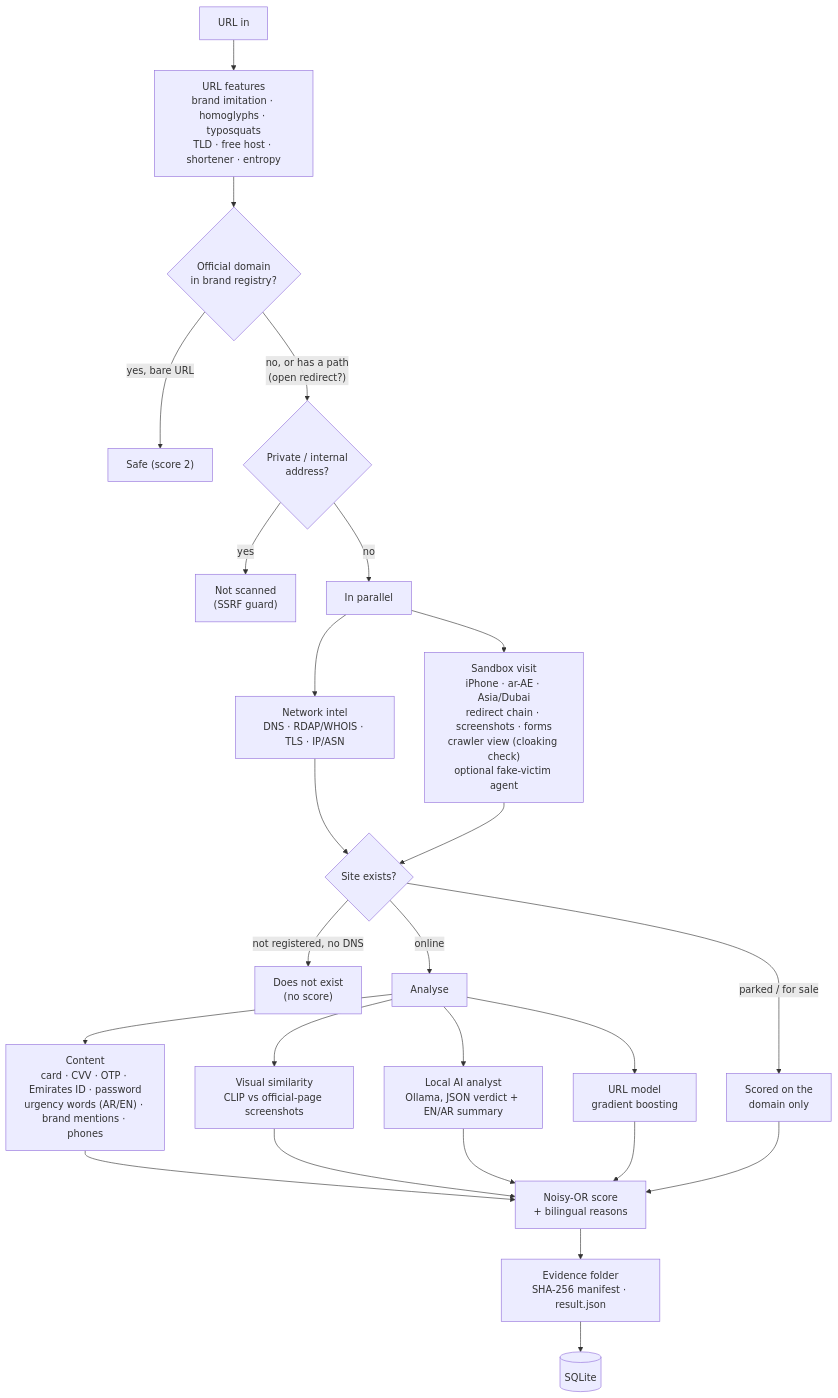
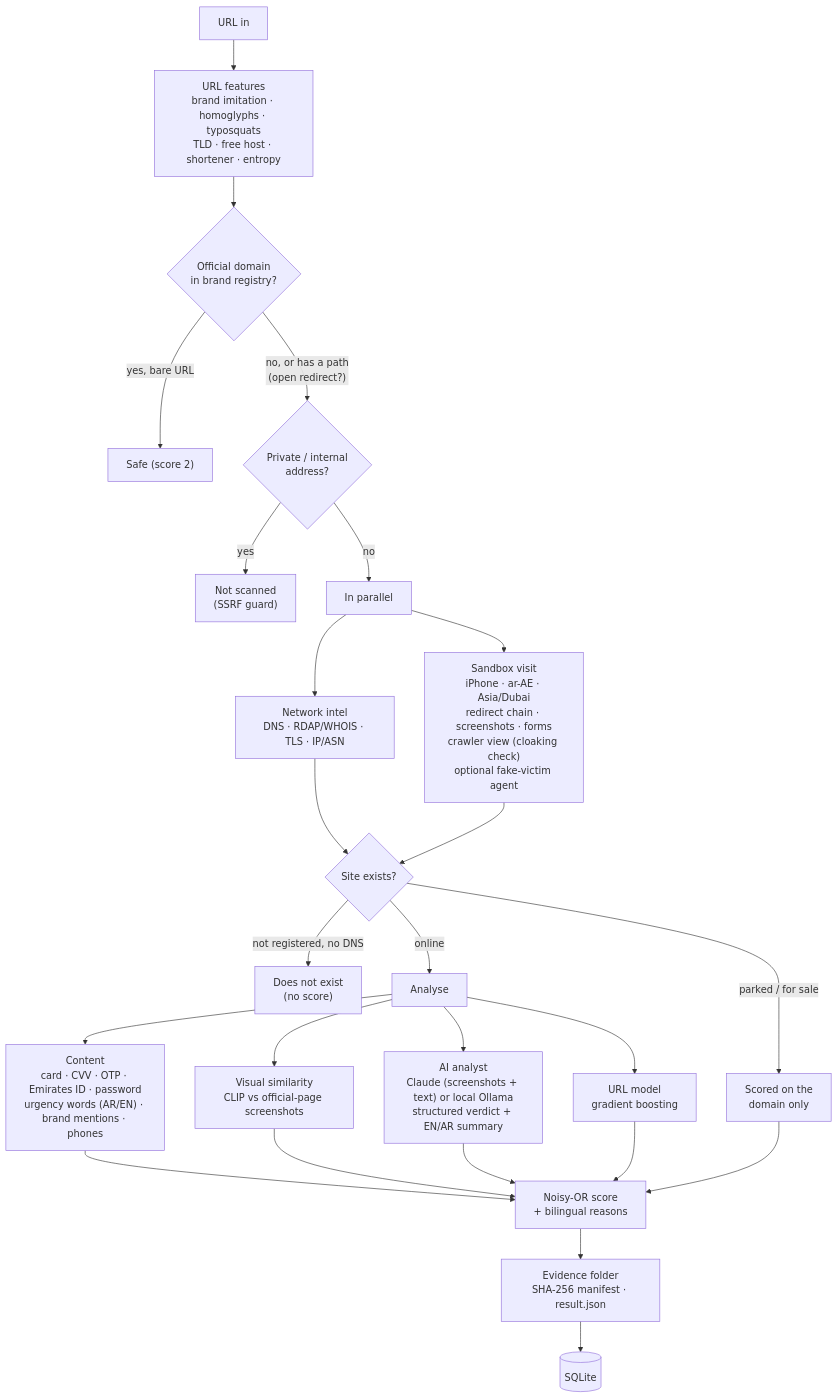
One commit to itshaithem/AD-police-hackathon changed the third of 5 diagrams in README.md. Above: the diagram before and after it, drawn with Mermaid. The commit also changed other lines of this file and 1 other file, not shown here.

Commit message:
README and env example: Claude analyst, cloud + Vercel deployment, eval note

````diff
--- a/README.md
+++ b/README.md
@@ -126,24 +126,24 @@
 ```mermaid
 flowchart TD
     A["URL in"] --> B["URL features<br/>brand imitation · homoglyphs · typosquats<br/>TLD · free host · shortener · entropy"]
     B --> AL{"Official domain<br/>in brand registry?"}
     AL -->|"yes, bare URL"| SAFE["Safe (score 2)"]
     AL -->|"no, or has a path<br/>(open redirect?)"| INT{"Private / internal<br/>address?"}
     INT -->|yes| BLK["Not scanned<br/>(SSRF guard)"]
     INT -->|no| PAR["In parallel"]
     PAR --> NI["Network intel<br/>DNS · RDAP/WHOIS · TLS · IP/ASN"]
     PAR --> SBX["Sandbox visit<br/>iPhone · ar-AE · Asia/Dubai<br/>redirect chain · screenshots · forms<br/>crawler view (cloaking check)<br/>optional fake-victim agent"]
     NI --> ST{"Site exists?"}
     SBX --> ST
     ST -->|"not registered, no DNS"| NF["Does not exist<br/>(no score)"]
     ST -->|"parked / for sale"| PK["Scored on the<br/>domain only"]
     ST -->|online| AN["Analyse"]
     AN --> CT["Content<br/>card · CVV · OTP · Emirates ID · password<br/>urgency words (AR/EN) · brand mentions · phones"]
     AN --> VS["Visual similarity<br/>CLIP vs official-page screenshots"]
-    AN --> LM["Local AI analyst<br/>Ollama, JSON verdict + EN/AR summary"]
+    AN --> LM["AI analyst<br/>Claude (screenshots + text) or local Ollama<br/>structured verdict + EN/AR summary"]
     AN --> ML["URL model<br/>gradient boosting"]
     CT & VS & LM & ML --> SC["Noisy-OR score<br/>+ bilingual reasons"]
     PK --> SC
     SC --> EV["Evidence folder<br/>SHA-256 manifest · result.json"]
     EV --> DB[("SQLite")]
 ```
````
